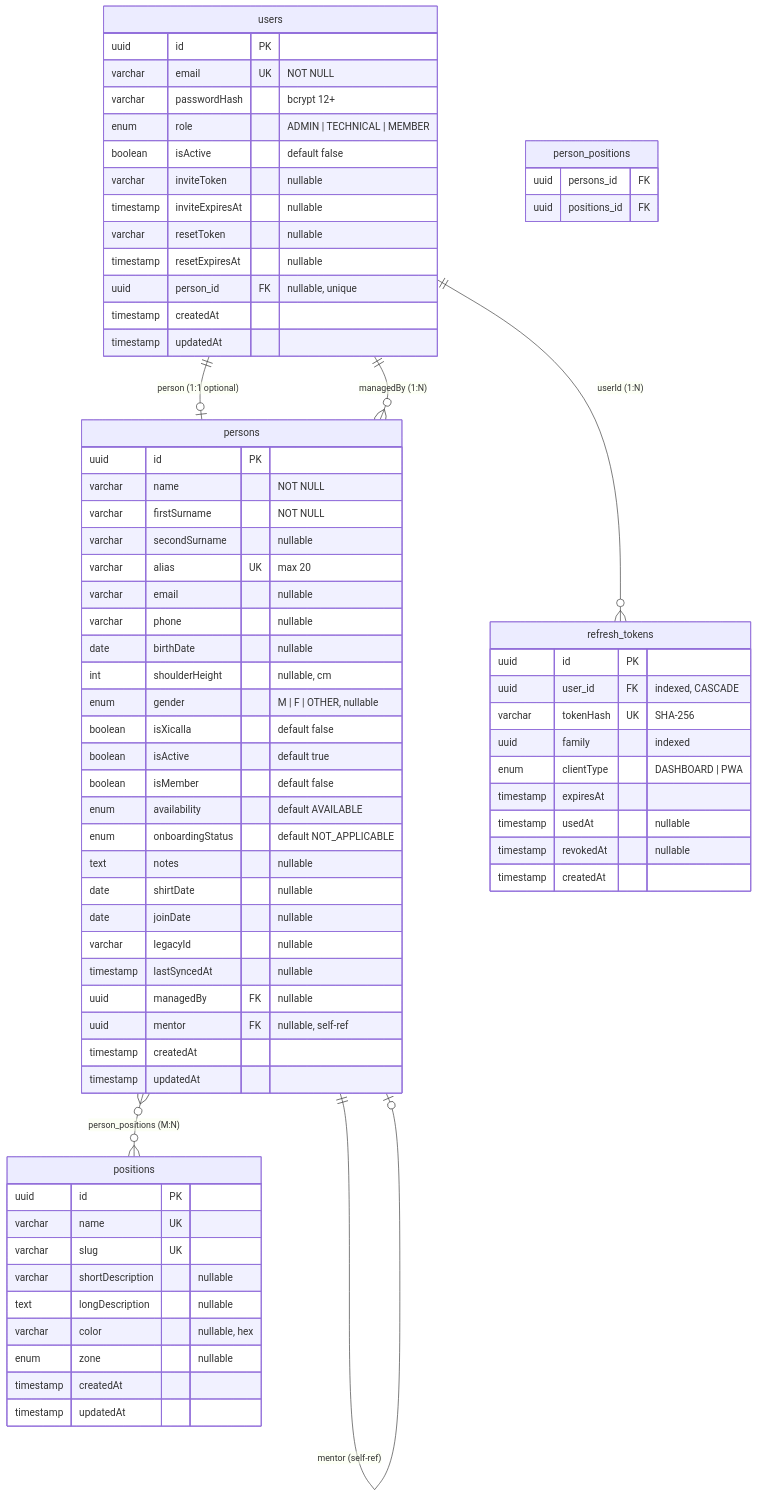
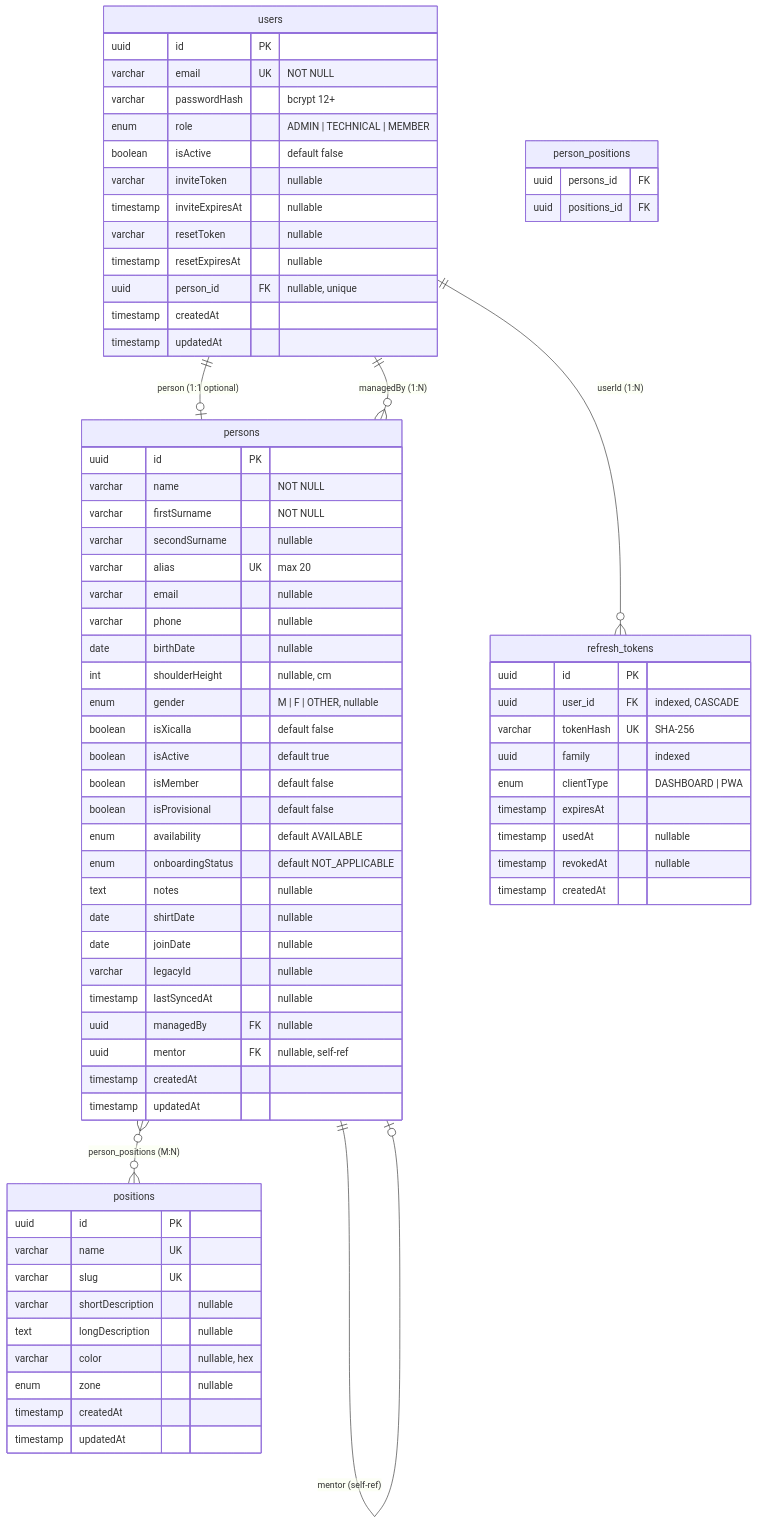
One commit to MuixerangaBarcelonaCat/MuixerApp changed the diagram in docs/DATA_MODEL.md. Above: the diagram before and after it, drawn with Mermaid. The commit also changed other lines of this file and 5 other files, not shown here.

````diff
--- a/docs/DATA_MODEL.md
+++ b/docs/DATA_MODEL.md
@@ -174,79 +176,80 @@
 ```mermaid
 erDiagram
     users {
         uuid id PK
         varchar email UK "NOT NULL"
         varchar passwordHash "bcrypt 12+"
         enum role "ADMIN | TECHNICAL | MEMBER"
         boolean isActive "default false"
         varchar inviteToken "nullable"
         timestamp inviteExpiresAt "nullable"
         varchar resetToken "nullable"
         timestamp resetExpiresAt "nullable"
         uuid person_id FK "nullable, unique"
         timestamp createdAt
         timestamp updatedAt
     }
 
     persons {
         uuid id PK
         varchar name "NOT NULL"
         varchar firstSurname "NOT NULL"
         varchar secondSurname "nullable"
         varchar alias UK "max 20"
         varchar email "nullable"
         varchar phone "nullable"
         date birthDate "nullable"
         int shoulderHeight "nullable, cm"
         enum gender "M | F | OTHER, nullable"
         boolean isXicalla "default false"
         boolean isActive "default true"
         boolean isMember "default false"
+        boolean isProvisional "default false"
         enum availability "default AVAILABLE"
         enum onboardingStatus "default NOT_APPLICABLE"
         text notes "nullable"
         date shirtDate "nullable"
         date joinDate "nullable"
         varchar legacyId "nullable"
         timestamp lastSyncedAt "nullable"
         uuid managedBy FK "nullable"
         uuid mentor FK "nullable, self-ref"
         timestamp createdAt
         timestamp updatedAt
     }
 
     positions {
         uuid id PK
         varchar name UK
         varchar slug UK
         varchar shortDescription "nullable"
         text longDescription "nullable"
         varchar color "nullable, hex"
         enum zone "nullable"
         timestamp createdAt
         timestamp updatedAt
     }
 
     person_positions {
         uuid persons_id FK
         uuid positions_id FK
     }
 
     refresh_tokens {
         uuid id PK
         uuid user_id FK "indexed, CASCADE"
         varchar tokenHash UK "SHA-256"
         uuid family "indexed"
         enum clientType "DASHBOARD | PWA"
         timestamp expiresAt
         timestamp usedAt "nullable"
         timestamp revokedAt "nullable"
         timestamp createdAt
     }
 
     users ||--o| persons : "person (1:1 optional)"
     users ||--o{ persons : "managedBy (1:N)"
     persons ||--o| persons : "mentor (self-ref)"
     persons }o--o{ positions : "person_positions (M:N)"
     users ||--o{ refresh_tokens : "userId (1:N)"
 ```
````
